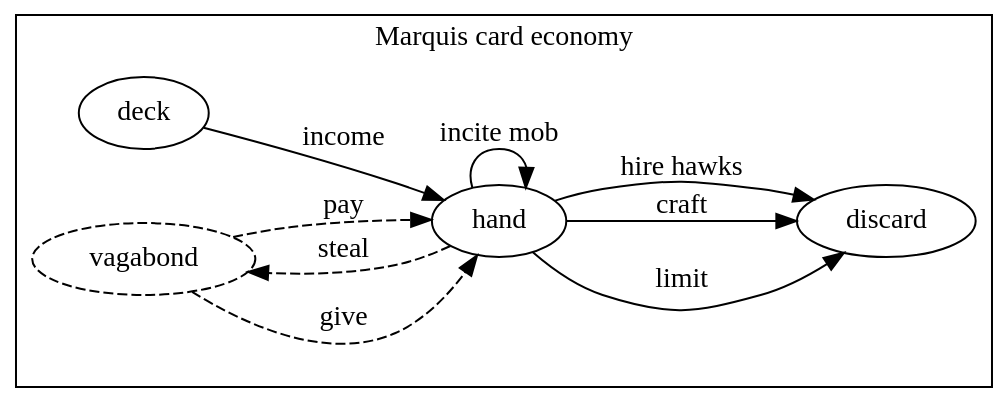
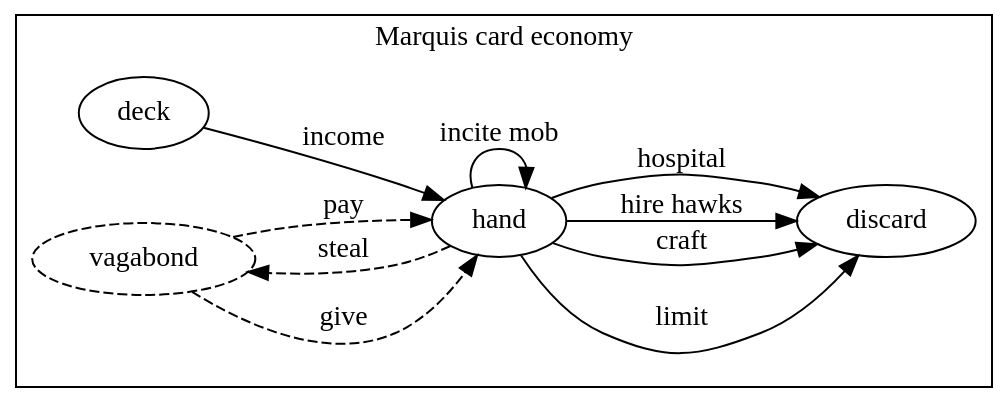
One commit to krawaller/root changed the diagram in diagrams/marquis-cards.dot. Above: the diagram before and after it, drawn with Graphviz. The commit also changed 5 other files, not shown here.

Commit message:
update diagrams

```diff
--- a/diagrams/marquis-cards.dot
+++ b/diagrams/marquis-cards.dot
@@ -1,25 +1,25 @@
 digraph {
   rankdir = LR;
   bgcolor = transparent;
 
   subgraph cluster_marquisunits {
 
     label = "Marquis card economy"
 
 
     deck -> hand [label="income"]
     hand -> discard [label="limit"]
 
     hand -> discard [label="craft"]
     hand -> discard [label="hire hawks"]
-
+    hand -> discard [label="hospital"]
     hand -> hand [label="incite mob"]
 
     vagabond [style=dashed]
     vagabond -> hand [label="pay" style=dashed]
     vagabond -> hand [label="give" style=dashed]
     hand -> vagabond [label="steal" style=dashed]
 
     {rank=same;vagabond, deck}
   }
 }
```
